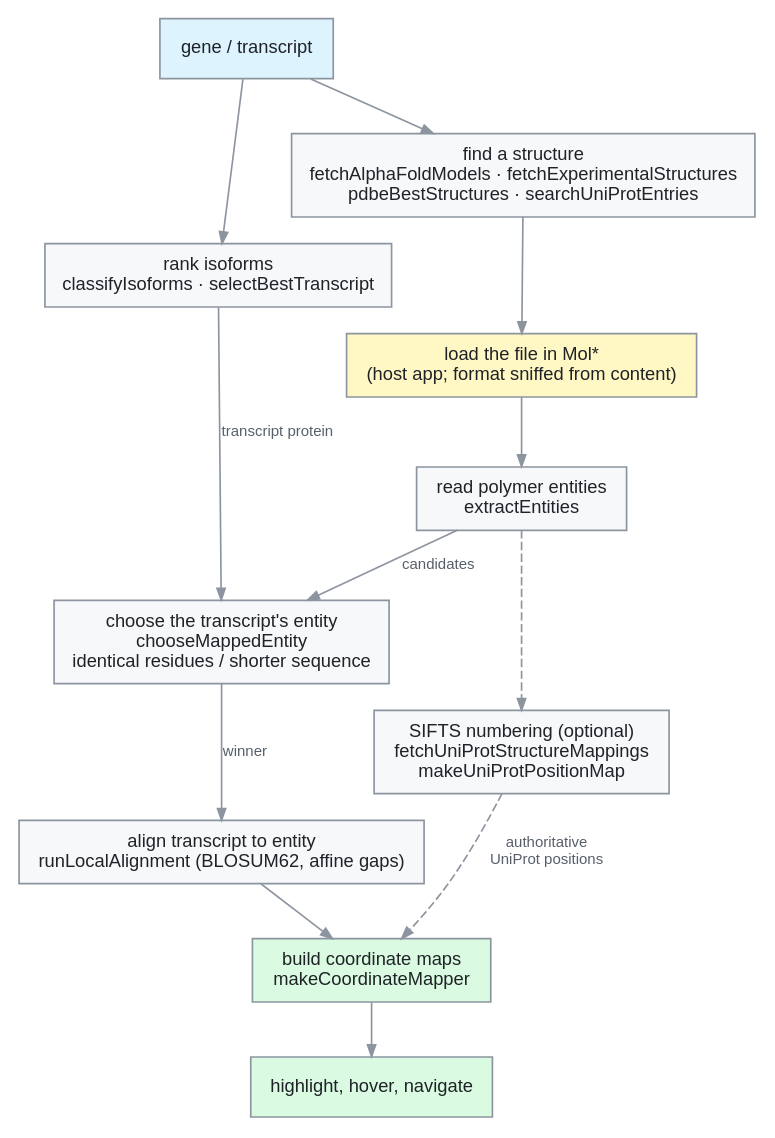
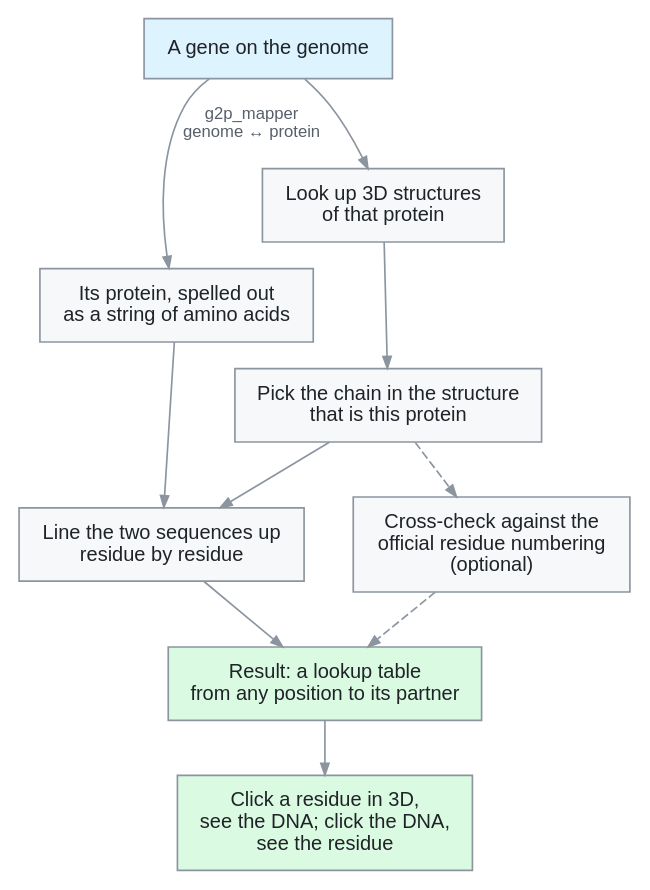
One commit to GMOD/p2s_mapper changed the diagram in docs/img/pipeline.dot. Above: the diagram before and after it, drawn with Graphviz. The commit also changed 4 other files, not shown here.

Commit message:
docs: add FAQ on mapping trust, link g2p_mapper, plain-language flowchart

```diff
--- a/docs/img/pipeline.dot
+++ b/docs/img/pipeline.dot
@@ -1,47 +1,43 @@
 digraph pipeline {
   rankdir = TB
   bgcolor = "white"
   nodesep = 0.4
   ranksep = 0.45
 
   node [
     fontname = "Helvetica,Arial,sans-serif"
-    fontsize = 11
+    fontsize = 12
     fontcolor = "#1f2328"
     color = "#8c959f"
     style = "filled"
     fillcolor = "#f6f8fa"
     shape = box
-    margin = "0.18,0.10"
+    margin = "0.2,0.12"
   ]
   edge [
     fontname = "Helvetica,Arial,sans-serif"
-    fontsize = 9
+    fontsize = 10
     fontcolor = "#57606a"
     color = "#8c959f"
     arrowsize = 0.7
   ]
 
-  gene [label = "gene / transcript", fillcolor = "#ddf4ff"]
-  isoforms [label = "rank isoforms\nclassifyIsoforms · selectBestTranscript"]
-  find [label = "find a structure\nfetchAlphaFoldModels · fetchExperimentalStructures\npdbeBestStructures · searchUniProtEntries"]
-  load [label = "load the file in Mol*\n(host app; format sniffed from content)", fillcolor = "#fff8c5"]
-  entities [label = "read polymer entities\nextractEntities"]
-  choose [label = "choose the transcript's entity\nchooseMappedEntity\nidentical residues / shorter sequence"]
-  align [label = "align transcript to entity\nrunLocalAlignment (BLOSUM62, affine gaps)"]
-  sifts [label = "SIFTS numbering (optional)\nfetchUniProtStructureMappings\nmakeUniProtPositionMap"]
-  mapper [label = "build coordinate maps\nmakeCoordinateMapper", fillcolor = "#dafbe1"]
-  use [label = "highlight, hover, navigate", fillcolor = "#dafbe1"]
+  gene [label = "A gene on the genome", fillcolor = "#ddf4ff"]
+  protein [label = "Its protein, spelled out\nas a string of amino acids"]
+  find [label = "Look up 3D structures\nof that protein"]
+  chain [label = "Pick the chain in the structure\nthat is this protein"]
+  match [label = "Line the two sequences up\nresidue by residue"]
+  official [label = "Cross-check against the\nofficial residue numbering\n(optional)"]
+  maps [label = "Result: a lookup table\nfrom any position to its partner", fillcolor = "#dafbe1"]
+  use [label = "Click a residue in 3D,\nsee the DNA; click the DNA,\nsee the residue", fillcolor = "#dafbe1"]
 
-  gene -> isoforms
+  gene -> protein [label = "g2p_mapper\ngenome ↔ protein"]
   gene -> find
-  find -> load
-  load -> entities
-  isoforms -> choose [label = "transcript protein"]
-  entities -> choose [label = "candidates"]
-  choose -> align [label = "winner"]
-  align -> mapper
-  entities -> sifts [style = dashed]
-  sifts -> mapper [style = dashed, label = "authoritative\nUniProt positions"]
-  mapper -> use
+  protein -> match
+  find -> chain
+  chain -> match
+  match -> maps
+  chain -> official [style = dashed]
+  official -> maps [style = dashed]
+  maps -> use
 }
```
